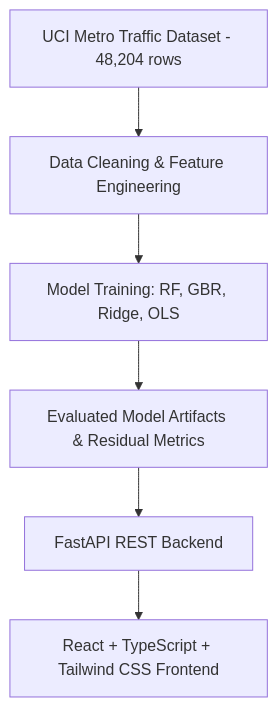
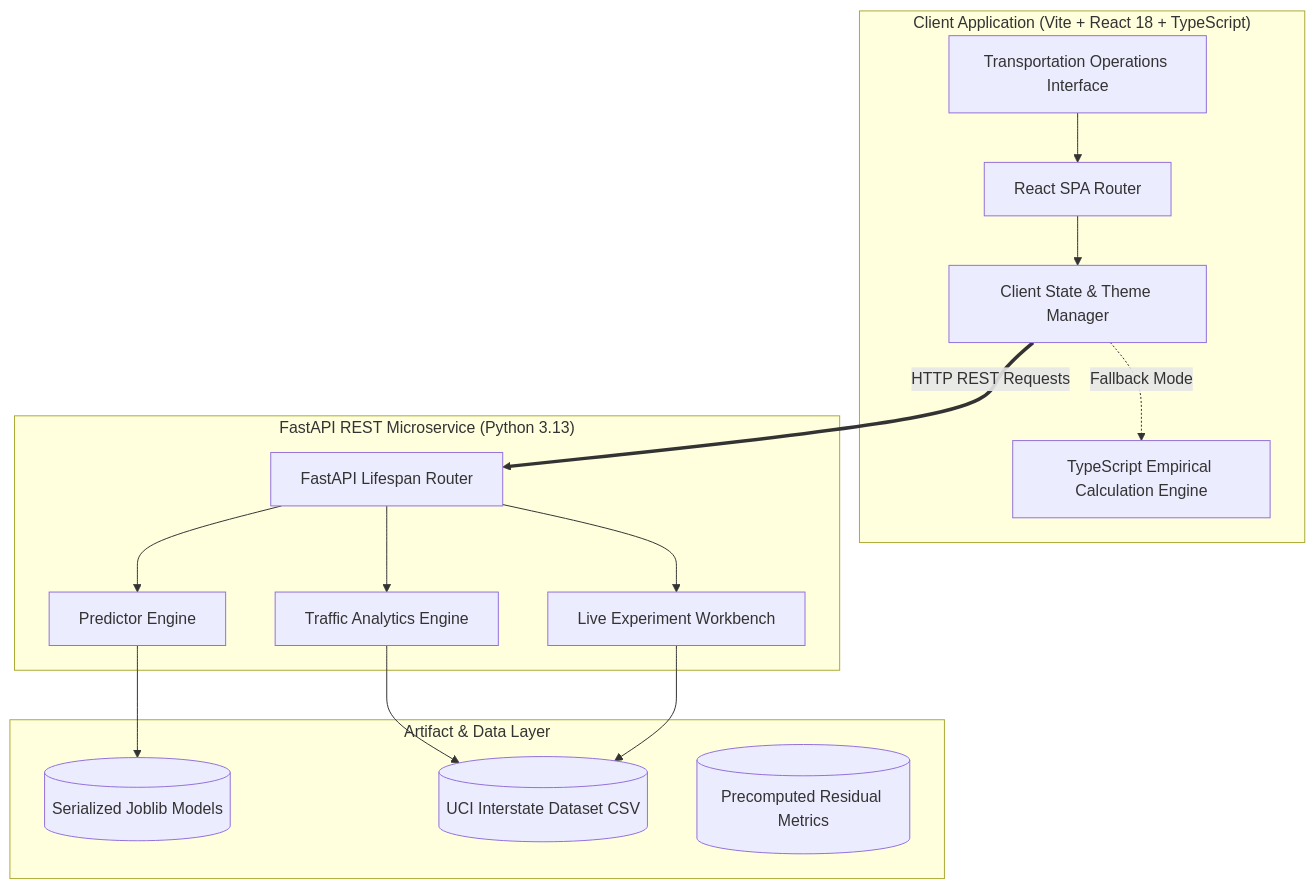
Before and after one commit to tarundehury64/Traffic: the second of 2 diagrams in README.md, drawn with Mermaid. The commit also changed other lines of this file and 2 other files, not shown here.

````diff
--- a/README.md
+++ b/README.md
@@ -68,8 +211,30 @@
 ```mermaid
-graph TD
-    A[UCI Metro Traffic Dataset - 48,204 rows] --> B[Data Cleaning & Feature Engineering]
-    B --> C[Model Training: RF, GBR, Ridge, OLS]
-    C --> D[Evaluated Model Artifacts & Residual Metrics]
-    D --> E[FastAPI REST Backend]
-    E --> F[React + TypeScript + Tailwind CSS Frontend]
+graph TB
+    subgraph ClientSide ["Client Application (Vite + React 18 + TypeScript)"]
+        UI[Transportation Operations Interface]
+        ROUTER[React SPA Router]
+        FALLBACK[TypeScript Empirical Calculation Engine]
+        STORE[Client State & Theme Manager]
+        UI --> ROUTER --> STORE
+        STORE -. Fallback Mode .-> FALLBACK
+    end
+
+    subgraph BackendSide ["FastAPI REST Microservice (Python 3.13)"]
+        API[FastAPI Lifespan Router]
+        PRED[Predictor Engine]
+        ANALYTICS[Traffic Analytics Engine]
+        EXP[Live Experiment Workbench]
+        API --> PRED & ANALYTICS & EXP
+    end
+
+    subgraph StorageSide ["Artifact & Data Layer"]
+        MODELS[(Serialized Joblib Models)]
+        DATASET[(UCI Interstate Dataset CSV)]
+        METRICS[(Precomputed Residual Metrics)]
+        PRED --> MODELS
+        ANALYTICS --> DATASET
+        EXP --> DATASET
+    end
+
+    STORE == HTTP REST Requests ==> API
 ```
````
